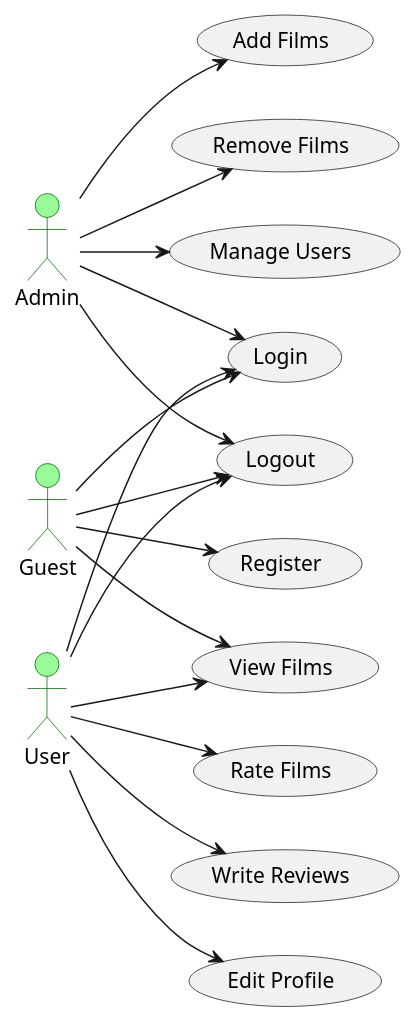
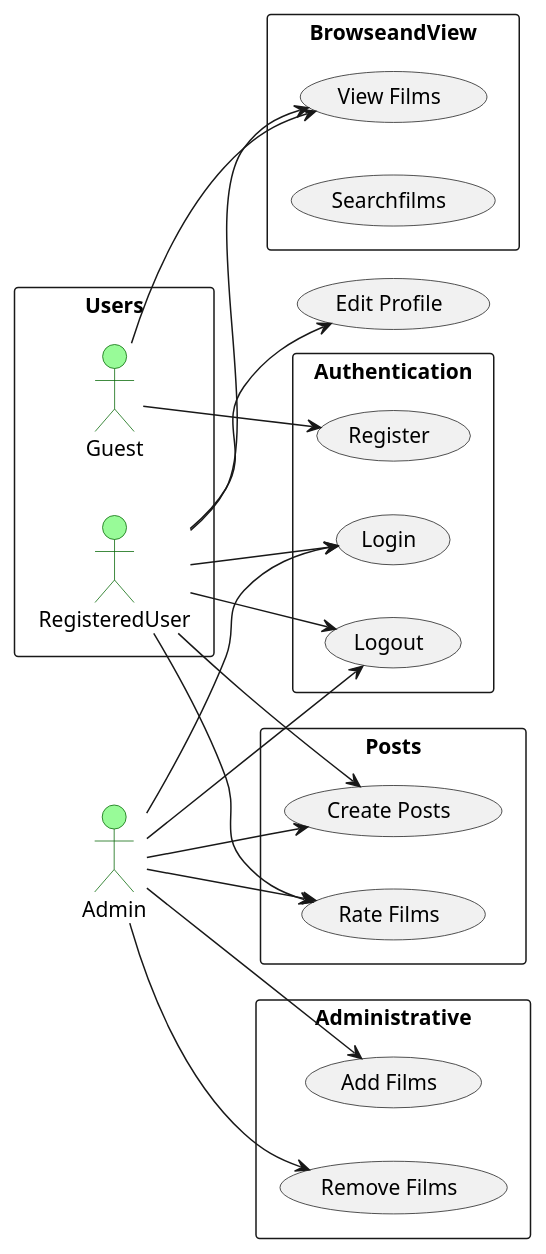
Before and after one commit to bounswe/bounswe2024group2: the diagram in diagrams/use_case_uml.puml, drawn with PlantUML.

Commit message:
use case packages

```diff
--- a/diagrams/use_case_uml.puml
+++ b/diagrams/use_case_uml.puml
@@ -1,30 +1,55 @@
 @startuml
 left to right direction
 skinparam packageStyle rect
 skinparam actor {
     BackgroundColor PaleGreen
     BorderColor DarkGreen
 }
 
-actor Admin as A
-actor User as U
+package Users{
+
+actor RegisteredUser as U
 actor Guest as G
 
-A --> (Add Films)
-A --> (Remove Films)
-A --> (Manage Users)
+}
+
+actor Admin as A
+
+
+
+package Posts {
+  A --> (Create Posts)
+  U --> (Create Posts)
+  U --> (Rate Films)
+  A --> (Rate Films)
+
+}
+package Administrative{
+  A --> (Add Films)
+  A --> (Remove Films)
+
+}
+
+package BrowseandView{
+U --> (View Films)
+G --> (View Films)
+(Searchfilms) as SF
+
+}
+
+
+U --> (Edit Profile)
+
+
+package Authentication{
+U --> (Login)
+U --> (Logout)
 A --> (Login)
 A --> (Logout)
+G --> (Register)
+}
 
-U --> (View Films)
-U --> (Rate Films)
-U --> (Write Reviews)
-U --> (Edit Profile)
-U --> (Login)
-U --> (Logout)
 
-G --> (View Films)
-G --> (Register)
-G --> (Login)
-G --> (Logout)
+
+
 @enduml
```
